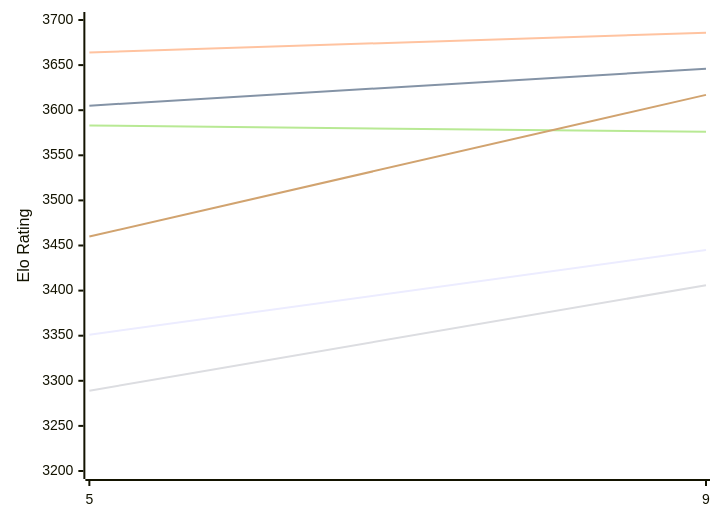
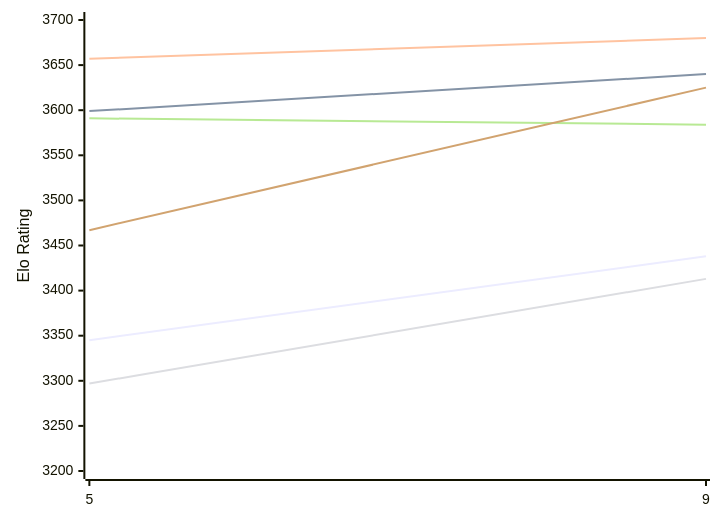
One commit to computer-chess-index/cci changed the first of 2 diagrams in engines/Crystal.md. Above: the diagram before and after it, drawn with Mermaid. The commit also changed other lines of this file, not shown here.

Commit message:
Update CCI Ratings (ELO VLTC) - 2026-11-18

````diff
--- a/engines/Crystal.md
+++ b/engines/Crystal.md
@@ -50,12 +50,12 @@
 ```mermaid
 %%{init: {"theme":"base","themeVariables":{"seriesColors:['#a3a3a3','#222221','#faa371']}}}%%
 xychart-beta
   x-axis ["5", "9"]
   y-axis "Elo Rating" 3200 --> 3700
-  line "E1: STC (8.0+0.08s)" [3351, 3445]
-  line "E1: LTC (60.0+0.60s)" [3605, 3646]
-  line "E1: VLTC (2m24s+1.12s)" [3664, 3686]
-  line "P1: STC (8.0+0.08s)" [3289, 3406]
-  line "P1: LTC (60.0+0.60s)" [3583, 3576]
-  line "P1: VLTC (2m24s+1.12s)" [3460, 3617]
+  line "E1: STC (8.0+0.08s)" [3345, 3438]
+  line "E1: LTC (60.0+0.60s)" [3599, 3640]
+  line "E1: VLTC (2m24s+1.12s)" [3657, 3680]
+  line "P1: STC (8.0+0.08s)" [3297, 3413]
+  line "P1: LTC (60.0+0.60s)" [3591, 3584]
+  line "P1: VLTC (2m24s+1.12s)" [3467, 3625]
 ```
````
